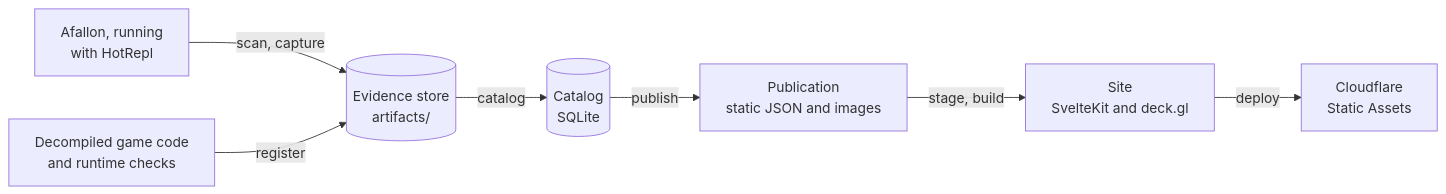
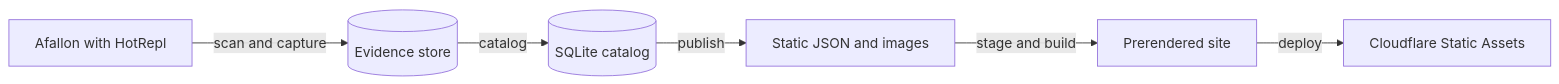
The diagram in README.md (glockyco/afallon-compendium), drawn with Mermaid before and after one commit. The commit also changed other lines of this file and 1 other file, not shown here.

````diff
--- a/README.md
+++ b/README.md
@@ -22,9 +55,8 @@
 ```mermaid
 flowchart LR
-  game["Afallon, running<br/>with HotRepl"] -->|scan, capture| store[("Evidence store<br/>artifacts/")]
-  native["Decompiled game code<br/>and runtime checks"] -->|register| store
-  store -->|catalog| catalog[("Catalog<br/>SQLite")]
-  catalog -->|publish| publication["Publication<br/>static JSON and images"]
-  publication -->|stage, build| site["Site<br/>SvelteKit and deck.gl"]
-  site -->|deploy| host["Cloudflare<br/>Static Assets"]
+  game["Afallon with HotRepl"] -->|scan and capture| evidence[(Evidence store)]
+  evidence -->|catalog| catalog[(SQLite catalog)]
+  catalog -->|publish| publication["Static JSON and images"]
+  publication -->|stage and build| site["Prerendered site"]
+  site -->|deploy| cloudflare["Cloudflare Static Assets"]
 ```
````
